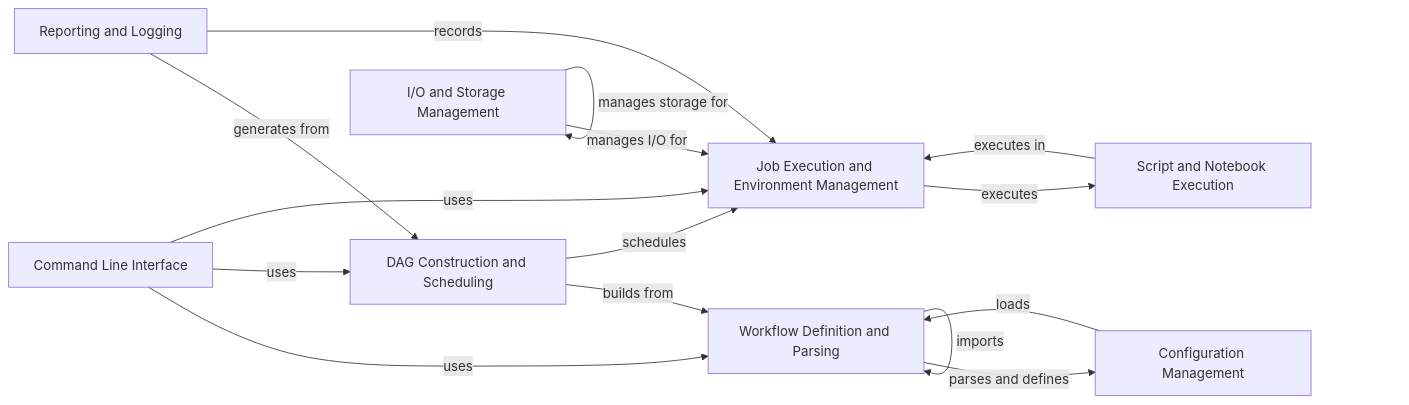
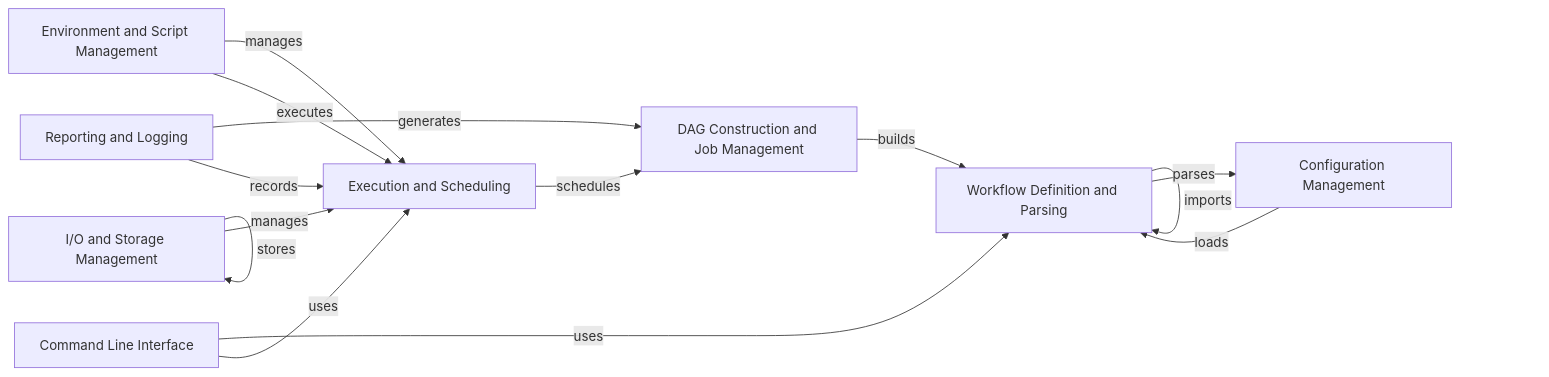
The diagram in snakemake/on_boarding.md (CodeBoarding/GeneratedOnBoardings), drawn with Mermaid before and after one commit. The commit also changed other lines of this file and 11 other files, not shown here.

````diff
--- a/snakemake/on_boarding.md
+++ b/snakemake/on_boarding.md
@@ -1,33 +1,32 @@
 ```mermaid
 graph LR
     Workflow_Definition_and_Parsing["Workflow Definition and Parsing"]
-    DAG_Construction_and_Scheduling["DAG Construction and Scheduling"]
-    Job_Execution_and_Environment_Management["Job Execution and Environment Management"]
+    DAG_Construction_and_Job_Management["DAG Construction and Job Management"]
+    Execution_and_Scheduling["Execution and Scheduling"]
     I_O_and_Storage_Management["I/O and Storage Management"]
-    Script_and_Notebook_Execution["Script and Notebook Execution"]
+    Environment_and_Script_Management["Environment and Script Management"]
     Reporting_and_Logging["Reporting and Logging"]
     Command_Line_Interface["Command Line Interface"]
     Configuration_Management["Configuration Management"]
-    Workflow_Definition_and_Parsing -- "parses and defines" --> Configuration_Management
-    DAG_Construction_and_Scheduling -- "builds from" --> Workflow_Definition_and_Parsing
-    DAG_Construction_and_Scheduling -- "schedules" --> Job_Execution_and_Environment_Management
-    Job_Execution_and_Environment_Management -- "executes" --> Script_and_Notebook_Execution
-    I_O_and_Storage_Management -- "manages I/O for" --> Job_Execution_and_Environment_Management
-    Reporting_and_Logging -- "generates from" --> DAG_Construction_and_Scheduling
+    Workflow_Definition_and_Parsing -- "parses" --> Configuration_Management
+    DAG_Construction_and_Job_Management -- "builds" --> Workflow_Definition_and_Parsing
+    Execution_and_Scheduling -- "schedules" --> DAG_Construction_and_Job_Management
+    I_O_and_Storage_Management -- "manages" --> Execution_and_Scheduling
+    Environment_and_Script_Management -- "manages" --> Execution_and_Scheduling
+    Reporting_and_Logging -- "generates" --> DAG_Construction_and_Job_Management
     Command_Line_Interface -- "uses" --> Workflow_Definition_and_Parsing
-    Command_Line_Interface -- "uses" --> DAG_Construction_and_Scheduling
-    Command_Line_Interface -- "uses" --> Job_Execution_and_Environment_Management
+    Command_Line_Interface -- "uses" --> Execution_and_Scheduling
     Configuration_Management -- "loads" --> Workflow_Definition_and_Parsing
-    Reporting_and_Logging -- "records" --> Job_Execution_and_Environment_Management
-    I_O_and_Storage_Management -- "manages storage for" --> I_O_and_Storage_Management
+    Reporting_and_Logging -- "records" --> Execution_and_Scheduling
+    I_O_and_Storage_Management -- "stores" --> I_O_and_Storage_Management
     Workflow_Definition_and_Parsing -- "imports" --> Workflow_Definition_and_Parsing
-    Script_and_Notebook_Execution -- "executes in" --> Job_Execution_and_Environment_Management
+    Environment_and_Script_Management -- "executes" --> Execution_and_Scheduling
     click Workflow_Definition_and_Parsing href "https://github.com/CodeBoarding/GeneratedOnBoardings/blob/main/snakemake/Workflow Definition and Parsing.md" "Details"
-    click DAG_Construction_and_Scheduling href "https://github.com/CodeBoarding/GeneratedOnBoardings/blob/main/snakemake/DAG Construction and Scheduling.md" "Details"
-    click Job_Execution_and_Environment_Management href "https://github.com/CodeBoarding/GeneratedOnBoardings/blob/main/snakemake/Job Execution and Environment Management.md" "Details"
+    click DAG_Construction_and_Job_Management href "https://github.com/CodeBoarding/GeneratedOnBoardings/blob/main/snakemake/DAG Construction and Job Management.md" "Details"
+    click Execution_and_Scheduling href "https://github.com/CodeBoarding/GeneratedOnBoardings/blob/main/snakemake/Execution and Scheduling.md" "Details"
     click I_O_and_Storage_Management href "https://github.com/CodeBoarding/GeneratedOnBoardings/blob/main/snakemake/I/O and Storage Management.md" "Details"
-    click Script_and_Notebook_Execution href "https://github.com/CodeBoarding/GeneratedOnBoardings/blob/main/snakemake/Script and Notebook Execution.md" "Details"
+    click Environment_and_Script_Management href "https://github.com/CodeBoarding/GeneratedOnBoardings/blob/main/snakemake/Environment and Script Management.md" "Details"
     click Reporting_and_Logging href "https://github.com/CodeBoarding/GeneratedOnBoardings/blob/main/snakemake/Reporting and Logging.md" "Details"
     click Command_Line_Interface href "https://github.com/CodeBoarding/GeneratedOnBoardings/blob/main/snakemake/Command Line Interface.md" "Details"
     click Configuration_Management href "https://github.com/CodeBoarding/GeneratedOnBoardings/blob/main/snakemake/Configuration Management.md" "Details"
 ```
````
